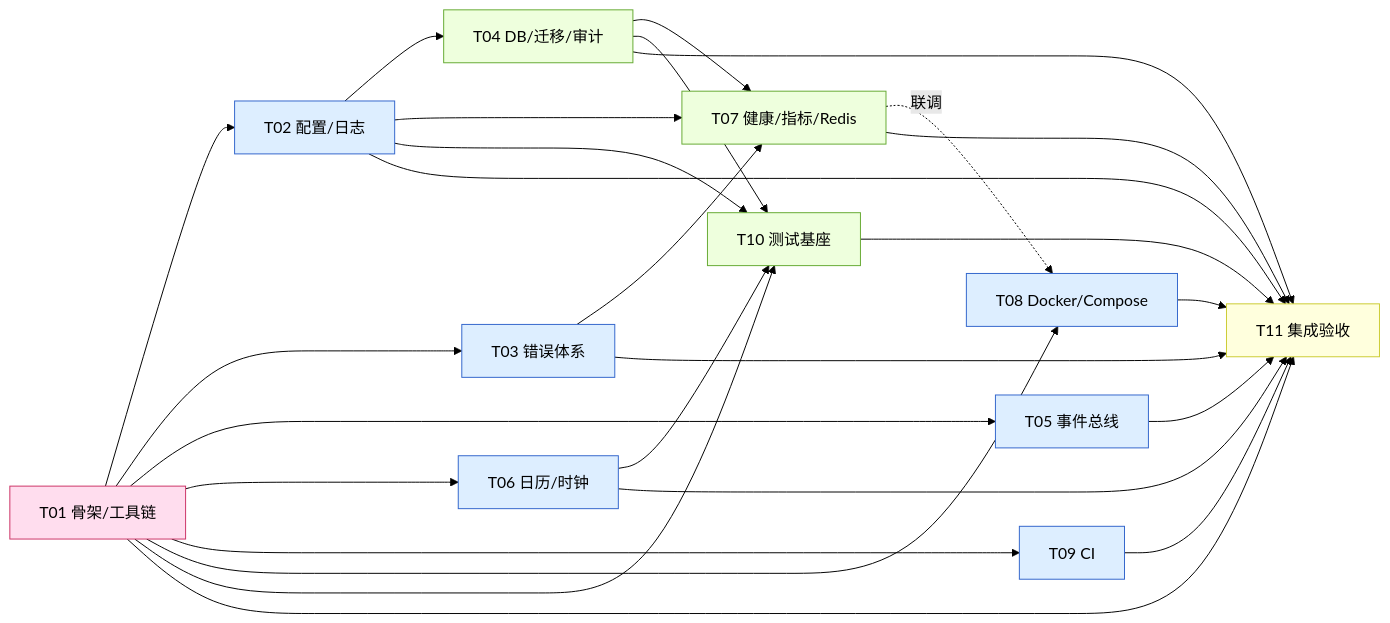
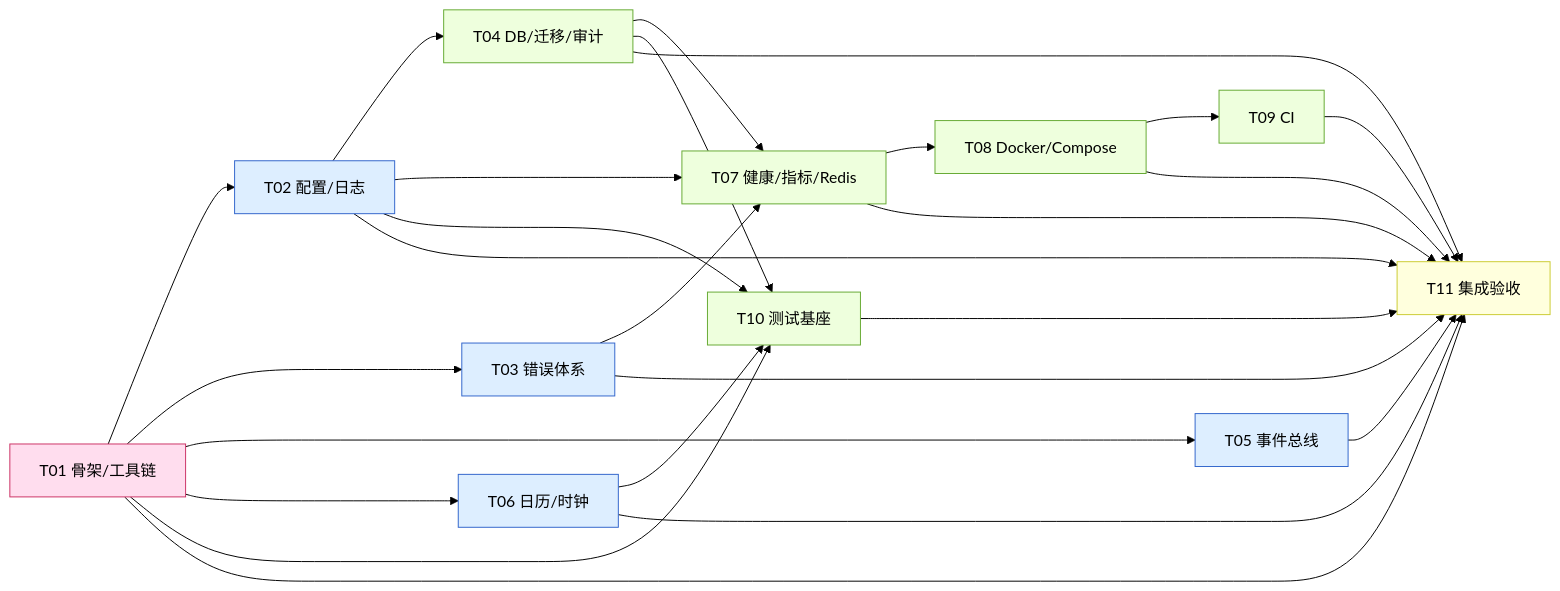
Before and after one commit to sysplex/AI-repository: the diagram in docs/tasks/M0/README.md, drawn with Mermaid (forest theme). The commit also changed other lines of this file and 15 other files, not shown here.

````diff
--- a/docs/tasks/M0/README.md
+++ b/docs/tasks/M0/README.md
@@ -26,24 +26,25 @@
 ```mermaid
 flowchart LR
     T01[T01 骨架/工具链]:::w0
     T02[T02 配置/日志]:::w1
     T03[T03 错误体系]:::w1
     T05[T05 事件总线]:::w1
     T06[T06 日历/时钟]:::w1
-    T09[T09 CI]:::w1
-    T08[T08 Docker/Compose]:::w1
+    T09[T09 CI]:::w2
+    T08[T08 Docker/Compose]:::w2
     T04[T04 DB/迁移/审计]:::w2
     T07[T07 健康/指标/Redis]:::w2
     T10[T10 测试基座]:::w2
     T11[T11 集成验收]:::w3
-    T01 --> T02 & T03 & T05 & T06 & T09 & T08
+    T01 --> T02 & T03 & T05 & T06
     T02 --> T04
     T02 & T03 & T04 --> T07
     T01 & T02 & T04 & T06 --> T10
-    T07 -.联调.-> T08
+    T07 --> T08
+    T08 --> T09
     T01 & T02 & T03 & T04 & T05 & T06 & T07 & T08 & T09 & T10 --> T11
     classDef w0 fill:#fde,stroke:#c36
     classDef w1 fill:#def,stroke:#36c
     classDef w2 fill:#efd,stroke:#6a3
     classDef w3 fill:#ffd,stroke:#cc3
 ```
````
